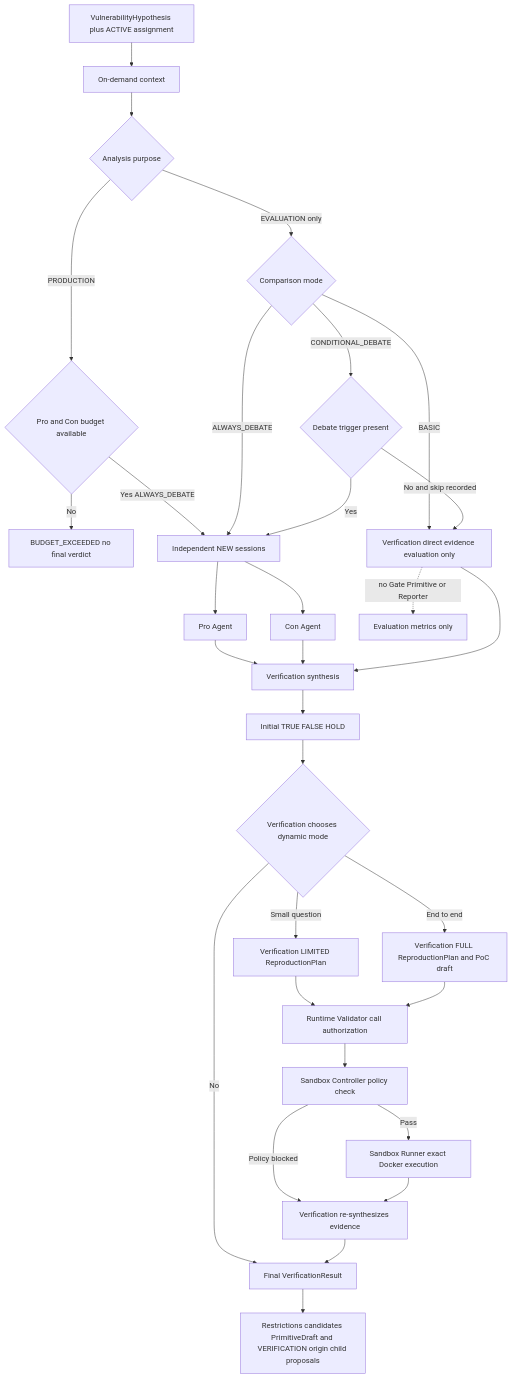
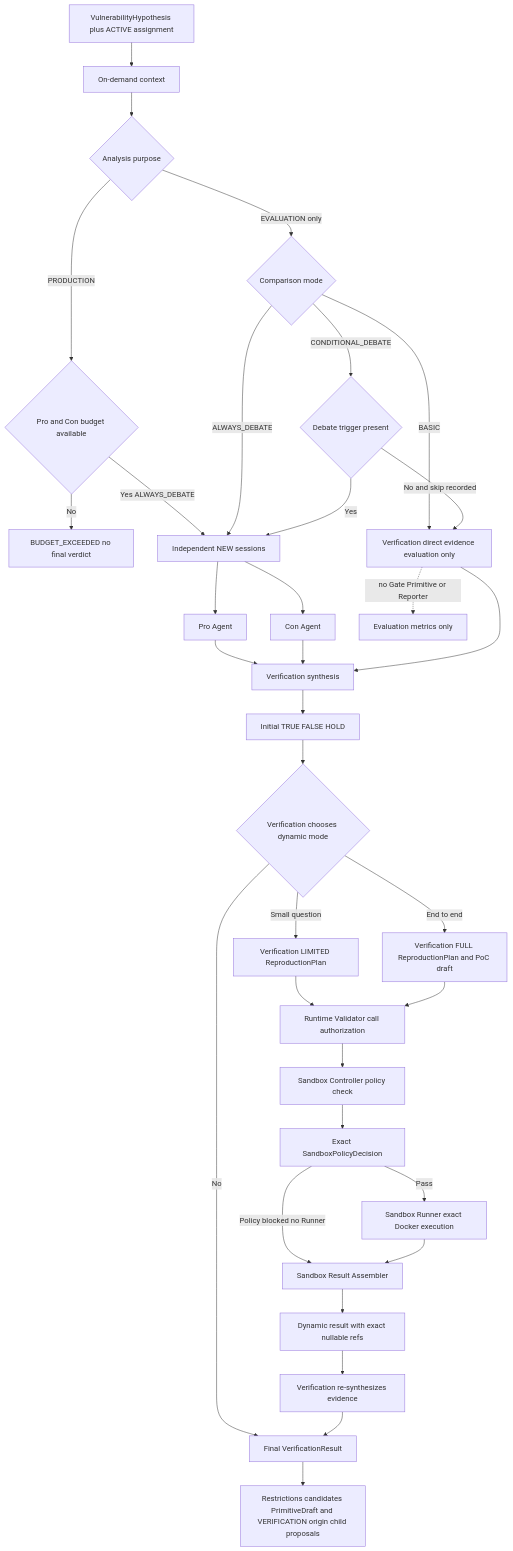
The fourth of 13 diagrams in docs/architecture-v5/13-architecture-diagrams.md (SASTsimi/sastsimi), drawn with Mermaid before and after one commit. The commit also changed other lines of this file and 23 other files, not shown here.

````diff
--- a/docs/architecture-v5/13-architecture-diagrams.md
+++ b/docs/architecture-v5/13-architecture-diagrams.md
@@ -123,33 +126,36 @@
 ```mermaid
 flowchart TB
     HYP[VulnerabilityHypothesis plus ACTIVE assignment] --> CTX[On-demand context]
     CTX --> PURPOSE{Analysis purpose}
     PURPOSE -->|PRODUCTION| BUDGET{Pro and Con budget available}
     BUDGET -->|No| STOP[BUDGET_EXCEEDED no final verdict]
     BUDGET -->|Yes ALWAYS_DEBATE| FORK[Independent NEW sessions]
     PURPOSE -->|EVALUATION only| MODE{Comparison mode}
     MODE -->|BASIC| BASIC[Verification direct evidence evaluation only]
     MODE -->|CONDITIONAL_DEBATE| TRIGGER{Debate trigger present}
     MODE -->|ALWAYS_DEBATE| FORK
     TRIGGER -->|No and skip recorded| BASIC
     TRIGGER -->|Yes| FORK
     FORK --> PRO[Pro Agent]
     FORK --> CON[Con Agent]
     PRO --> SYN[Verification synthesis]
     CON --> SYN
     BASIC --> SYN
     BASIC -. no Gate Primitive or Reporter .-> METRICS[Evaluation metrics only]
     SYN --> INITIAL[Initial TRUE FALSE HOLD]
     INITIAL --> DYN{Verification chooses dynamic mode}
     DYN -->|No| FINAL[Final VerificationResult]
     DYN -->|Small question| LIMITED[Verification LIMITED ReproductionPlan]
     DYN -->|End to end| FULL[Verification FULL ReproductionPlan and PoC draft]
     LIMITED --> AUTH[Runtime Validator call authorization]
     FULL --> AUTH
     AUTH --> CTRL[Sandbox Controller policy check]
-    CTRL -->|Pass| RUNNER[Sandbox Runner exact Docker execution]
-    CTRL -->|Policy blocked| SYN2[Verification re-synthesizes evidence]
-    RUNNER --> SYN2
+    CTRL --> PDEC[Exact SandboxPolicyDecision]
+    PDEC -->|Pass| RUNNER[Sandbox Runner exact Docker execution]
+    PDEC -->|Policy blocked no Runner| ASSEMBLER[Sandbox Result Assembler]
+    RUNNER --> ASSEMBLER
+    ASSEMBLER --> DRESULT[Dynamic result with exact nullable refs]
+    DRESULT --> SYN2[Verification re-synthesizes evidence]
     SYN2 --> FINAL
     FINAL --> OUT[Restrictions candidates PrimitiveDraft and VERIFICATION origin child proposals]
 ```
````
